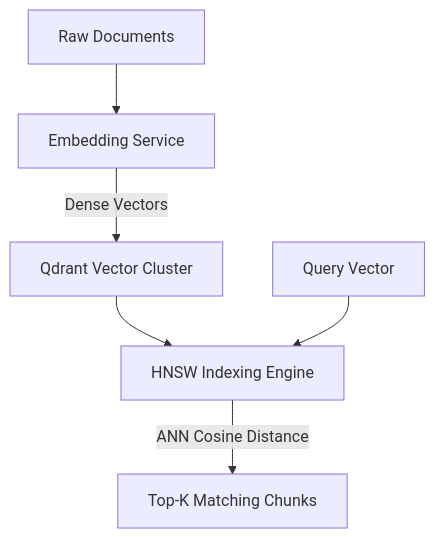
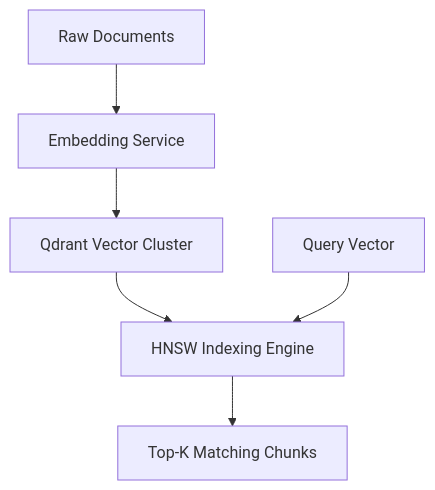
The eighth of 20 diagrams in genai_enterprise_usecases/ARCHITECTURE_GUIDE.md (sricheru/agentic-ai-portfolio), drawn with Mermaid before and after one commit. The commit also changed other lines of this file, not shown here.

Commit message:
fix(mermaid): switch to pure flowchart TD and remove label collisions

````diff
--- a/genai_enterprise_usecases/ARCHITECTURE_GUIDE.md
+++ b/genai_enterprise_usecases/ARCHITECTURE_GUIDE.md
@@ -174,8 +173,8 @@
 ```mermaid
-graph TD
-    RawData["Raw Documents"] --> Embedder["Embedding Service"]
-    Embedder -->|Dense Vectors| QdrantCluster["Qdrant Vector Cluster"]
-    QdrantCluster --> Index["HNSW Indexing Engine"]
-    QueryVector["Query Vector"] --> Index
-    Index -->|ANN Cosine Distance| RankedResults["Top-K Matching Chunks"]
+flowchart TD
+    RawData[Raw Documents] --> Embedder[Embedding Service]
+    Embedder --> QdrantCluster[Qdrant Vector Cluster]
+    QdrantCluster --> Index[HNSW Indexing Engine]
+    QueryVector[Query Vector] --> Index
+    Index --> RankedResults[Top-K Matching Chunks]
 ```
````
